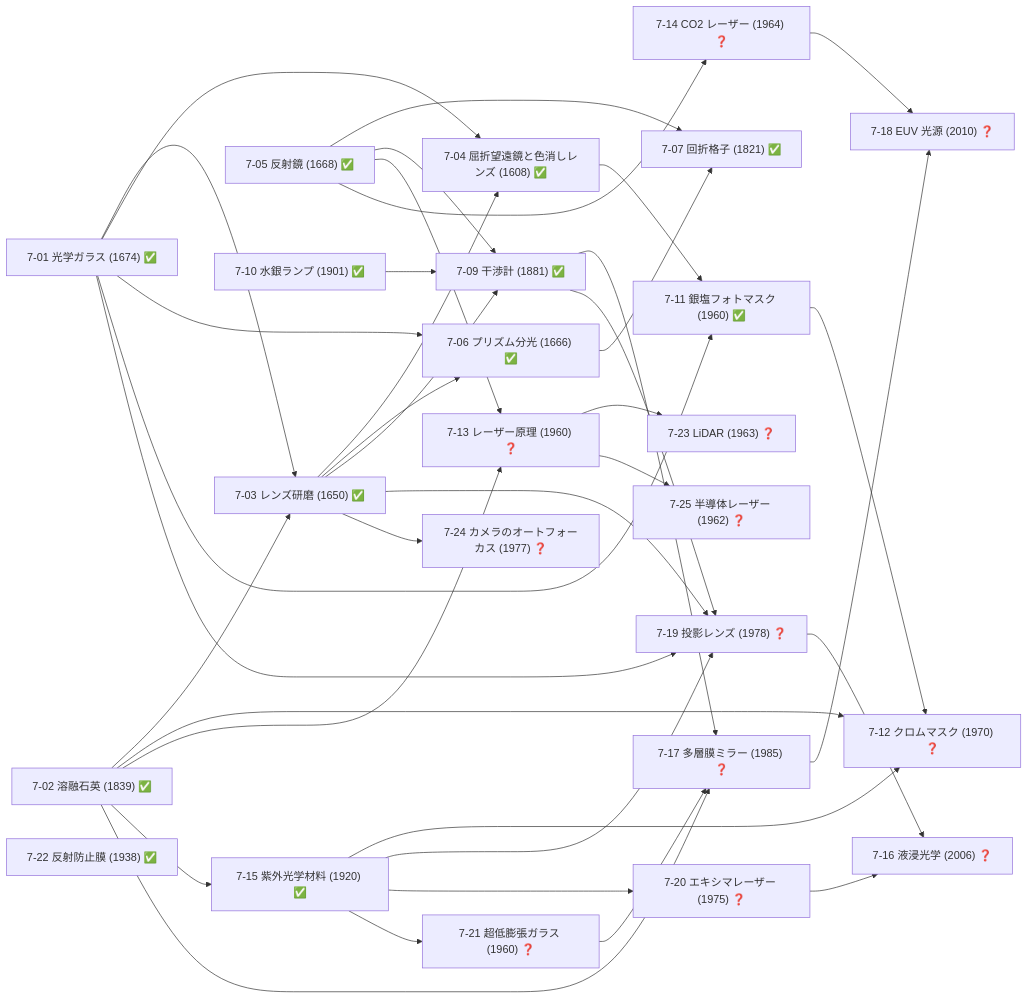
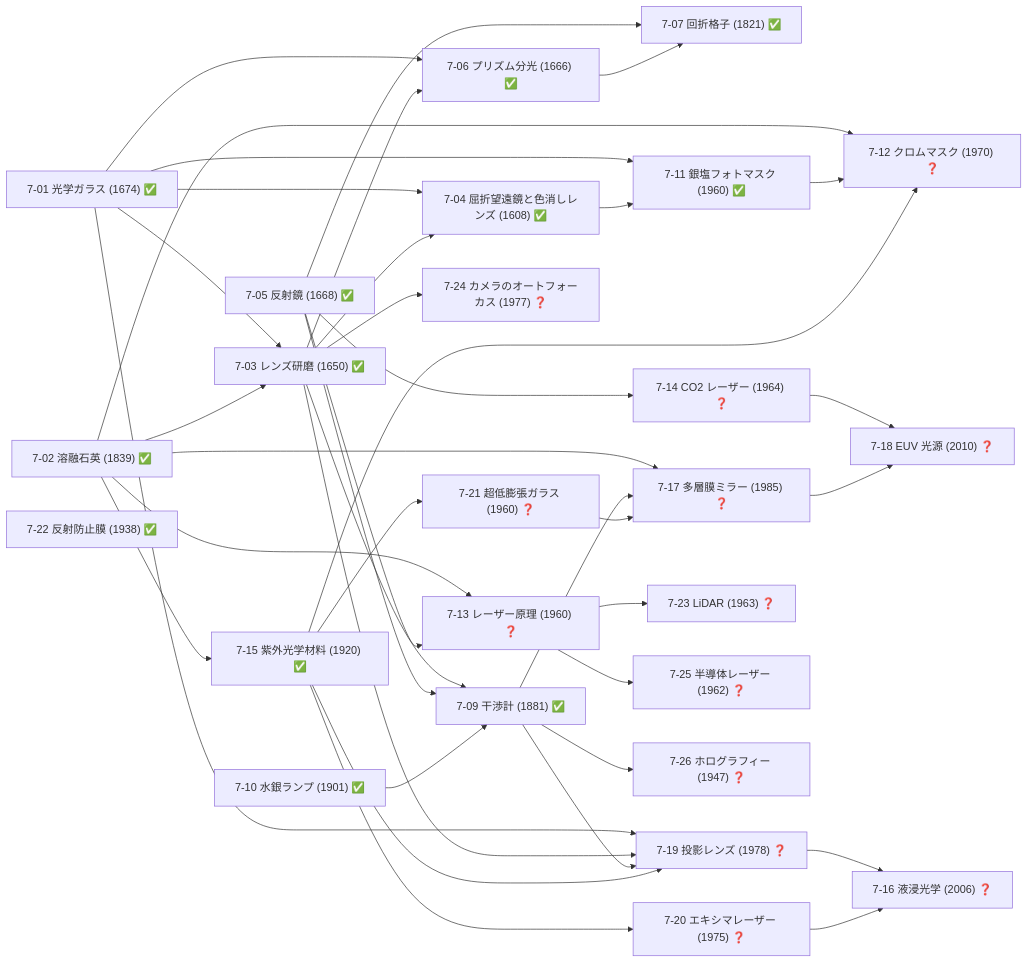
Before and after one commit to taku3i0317-collab/semiconductor-lab: the tenth of 19 diagrams in docs/TECH_TREE_VIEW.md, drawn with Mermaid. The commit also changed other lines of this file and 6 other files, not shown here.

````diff
--- a/docs/TECH_TREE_VIEW.md
+++ b/docs/TECH_TREE_VIEW.md
@@ -508,63 +511,65 @@
 ```mermaid
 graph LR
   n7_01["7-01 光学ガラス (1674) ✅"]
   n7_02["7-02 溶融石英 (1839) ✅"]
   n7_03["7-03 レンズ研磨 (1650) ✅"]
   n7_04["7-04 屈折望遠鏡と色消しレンズ (1608) ✅"]
   n7_05["7-05 反射鏡 (1668) ✅"]
   n7_06["7-06 プリズム分光 (1666) ✅"]
   n7_07["7-07 回折格子 (1821) ✅"]
   n7_09["7-09 干渉計 (1881) ✅"]
   n7_10["7-10 水銀ランプ (1901) ✅"]
   n7_11["7-11 銀塩フォトマスク (1960) ✅"]
   n7_12["7-12 クロムマスク (1970) ❓"]
   n7_13["7-13 レーザー原理 (1960) ❓"]
   n7_14["7-14 CO2 レーザー (1964) ❓"]
   n7_15["7-15 紫外光学材料 (1920) ✅"]
   n7_16["7-16 液浸光学 (2006) ❓"]
   n7_17["7-17 多層膜ミラー (1985) ❓"]
   n7_18["7-18 EUV 光源 (2010) ❓"]
   n7_19["7-19 投影レンズ (1978) ❓"]
   n7_20["7-20 エキシマレーザー (1975) ❓"]
   n7_21["7-21 超低膨張ガラス (1960) ❓"]
   n7_22["7-22 反射防止膜 (1938) ✅"]
   n7_23["7-23 LiDAR (1963) ❓"]
   n7_24["7-24 カメラのオートフォーカス (1977) ❓"]
   n7_25["7-25 半導体レーザー (1962) ❓"]
+  n7_26["7-26 ホログラフィー (1947) ❓"]
   n7_01-->n7_03
   n7_02-->n7_03
   n7_01-->n7_04
   n7_03-->n7_04
   n7_01-->n7_06
   n7_03-->n7_06
   n7_05-->n7_07
   n7_06-->n7_07
   n7_03-->n7_09
   n7_05-->n7_09
   n7_10-->n7_09
   n7_01-->n7_11
   n7_04-->n7_11
   n7_02-->n7_12
   n7_11-->n7_12
   n7_15-->n7_12
   n7_02-->n7_13
   n7_05-->n7_13
   n7_05-->n7_14
   n7_02-->n7_15
   n7_19-->n7_16
   n7_20-->n7_16
   n7_02-->n7_17
   n7_09-->n7_17
   n7_21-->n7_17
   n7_14-->n7_18
   n7_17-->n7_18
   n7_01-->n7_19
   n7_03-->n7_19
   n7_09-->n7_19
   n7_15-->n7_19
   n7_15-->n7_20
   n7_15-->n7_21
   n7_13-->n7_23
   n7_03-->n7_24
   n7_13-->n7_25
+  n7_09-->n7_26
 ```
````
